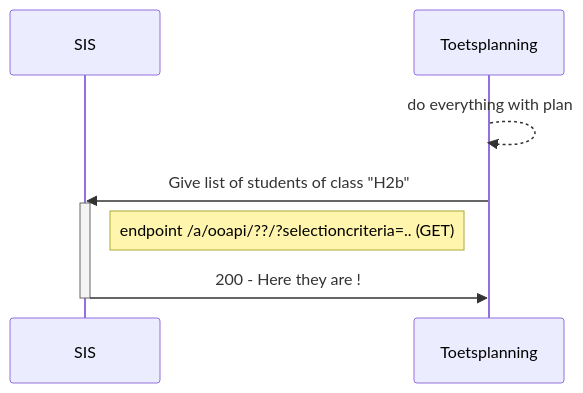
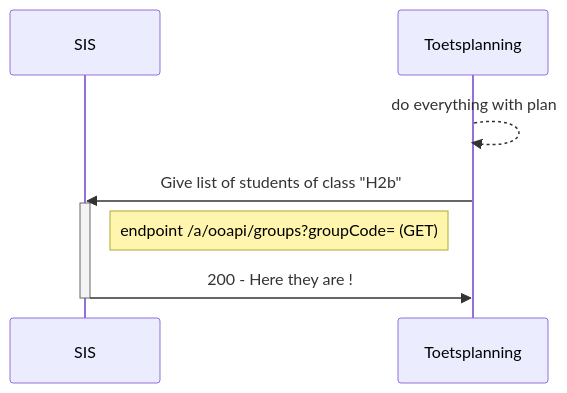
The third of 4 diagrams in doc/flow1.md (NetwerkExamineringDigitalisering/NED-OOAPI), drawn with Mermaid before and after one commit.

````diff
--- a/doc/flow1.md
+++ b/doc/flow1.md
@@ -193,12 +193,12 @@
 ```mermaid
 
 sequenceDiagram
     participant SIS
     participant Toetsplanning
     Toetsplanning-->>Toetsplanning: do everything with plan
     Toetsplanning->>SIS : Give list of students of class "H2b"
     activate SIS
-    Note right of SIS: endpoint /a/ooapi/??/?selectioncriteria=.. (GET)
+    Note right of SIS: endpoint /a/ooapi/groups?groupCode= (GET)
     SIS->>Toetsplanning : 200 - Here they are !
     deactivate SIS
 ```
````
